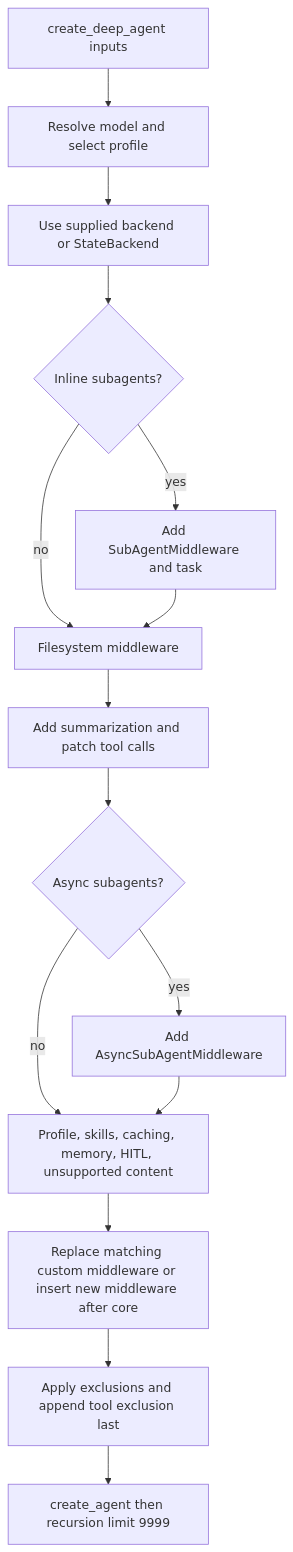
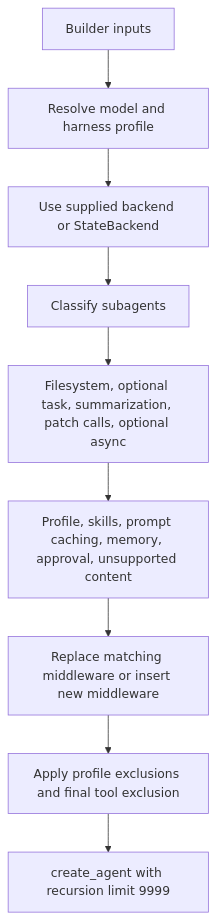
Before and after one commit to langchain-ai/deepagents: the diagram in openwiki/workflows/build-a-deep-agent.md, drawn with Mermaid. The commit also changed other lines of this file and 67 other files, not shown here.

````diff
--- a/openwiki/workflows/build-a-deep-agent.md
+++ b/openwiki/workflows/build-a-deep-agent.md
@@ -59,17 +62,11 @@
 ```mermaid
 flowchart TD
-    Input["create_deep_agent inputs"] --> Model["Resolve model and select profile"]
-    Model --> Backend["Use supplied backend or StateBackend"]
-    Backend --> Subs{"Inline subagents?"}
-    Subs -->|yes| Task["Add SubAgentMiddleware and task"]
-    Subs -->|no| Core["Filesystem middleware"]
-    Task --> Core
-    Core --> Summary["Add summarization and patch tool calls"]
-    Summary --> Async{"Async subagents?"}
-    Async -->|yes| AsyncMW["Add AsyncSubAgentMiddleware"]
-    Async -->|no| Tail
-    AsyncMW --> Tail["Profile, skills, caching, memory, HITL, unsupported content"]
-    Tail --> Custom["Replace matching custom middleware or insert new middleware after core"]
-    Custom --> Exclude["Apply exclusions and append tool exclusion last"]
-    Exclude --> Compile["create_agent then recursion limit 9999"]
+    Input["Builder inputs"] --> Resolve["Resolve model and harness profile"]
+    Resolve --> Backend["Use supplied backend or StateBackend"]
+    Backend --> Agents["Classify subagents"]
+    Agents --> Core["Filesystem, optional task, summarization, patch calls, optional async"]
+    Core --> Tail["Profile, skills, prompt caching, memory, approval, unsupported content"]
+    Tail --> Custom["Replace matching middleware or insert new middleware"]
+    Custom --> Filter["Apply profile exclusions and final tool exclusion"]
+    Filter --> Compile["create_agent with recursion limit 9999"]
 ```
````
